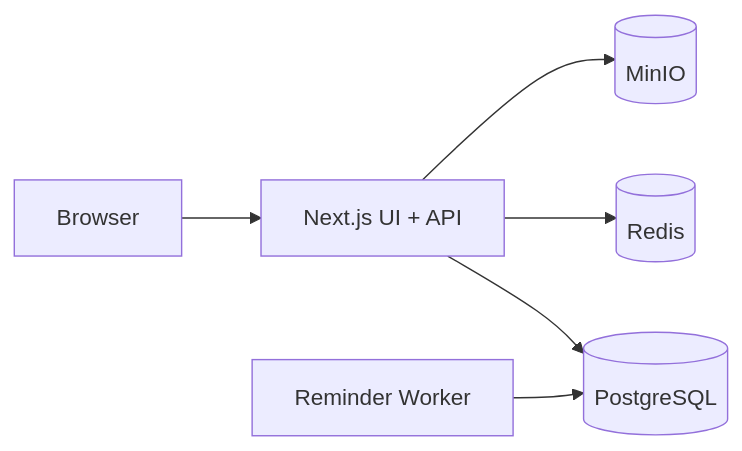
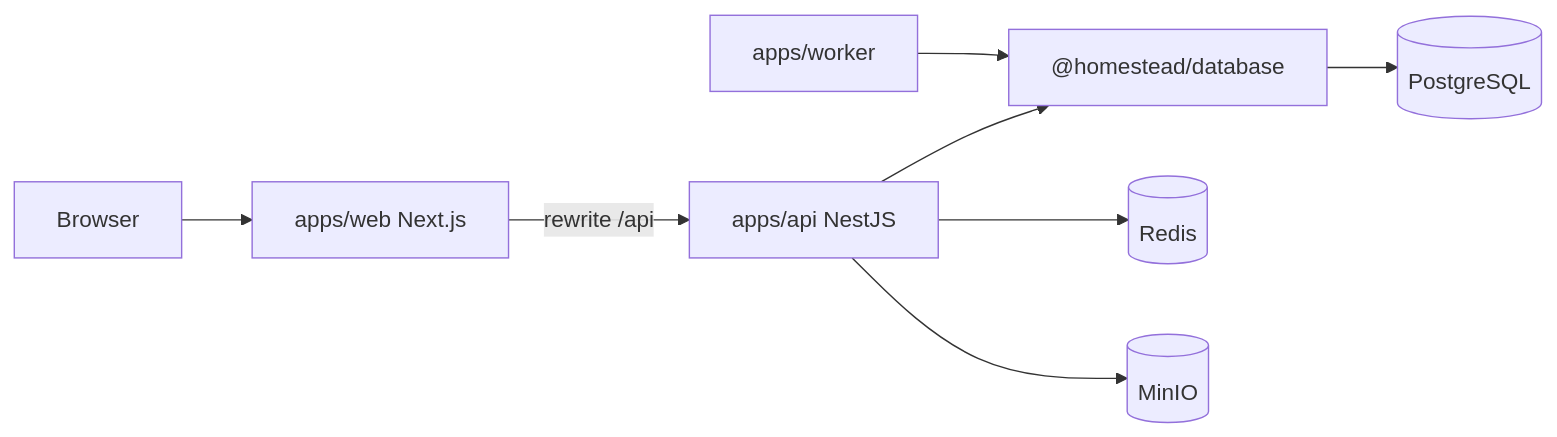
Before and after one commit to bhavinsurge/home-maintenance-manager: the diagram in README.md, drawn with Mermaid. The commit also changed other lines of this file and 141 other files, not shown here.

First line of the commit message:
refactor: complete apps/web, infrastructure, and remove Next monolith

````diff
--- a/README.md
+++ b/README.md
@@ -47,8 +23,10 @@
 ```mermaid
 flowchart LR
-  Browser --> NextAPI[Next.js UI + API]
-  NextAPI --> Postgres[(PostgreSQL)]
-  NextAPI --> Redis[(Redis)]
-  NextAPI --> MinIO[(MinIO)]
-  Worker[Reminder Worker] --> Postgres
+  Browser --> Web[apps/web Next.js]
+  Web -->|rewrite /api| API[apps/api NestJS]
+  API --> DBPkg["@homestead/database"]
+  Worker[apps/worker] --> DBPkg
+  DBPkg --> PG[(PostgreSQL)]
+  API --> Redis[(Redis)]
+  API --> MinIO[(MinIO)]
 ```
````
